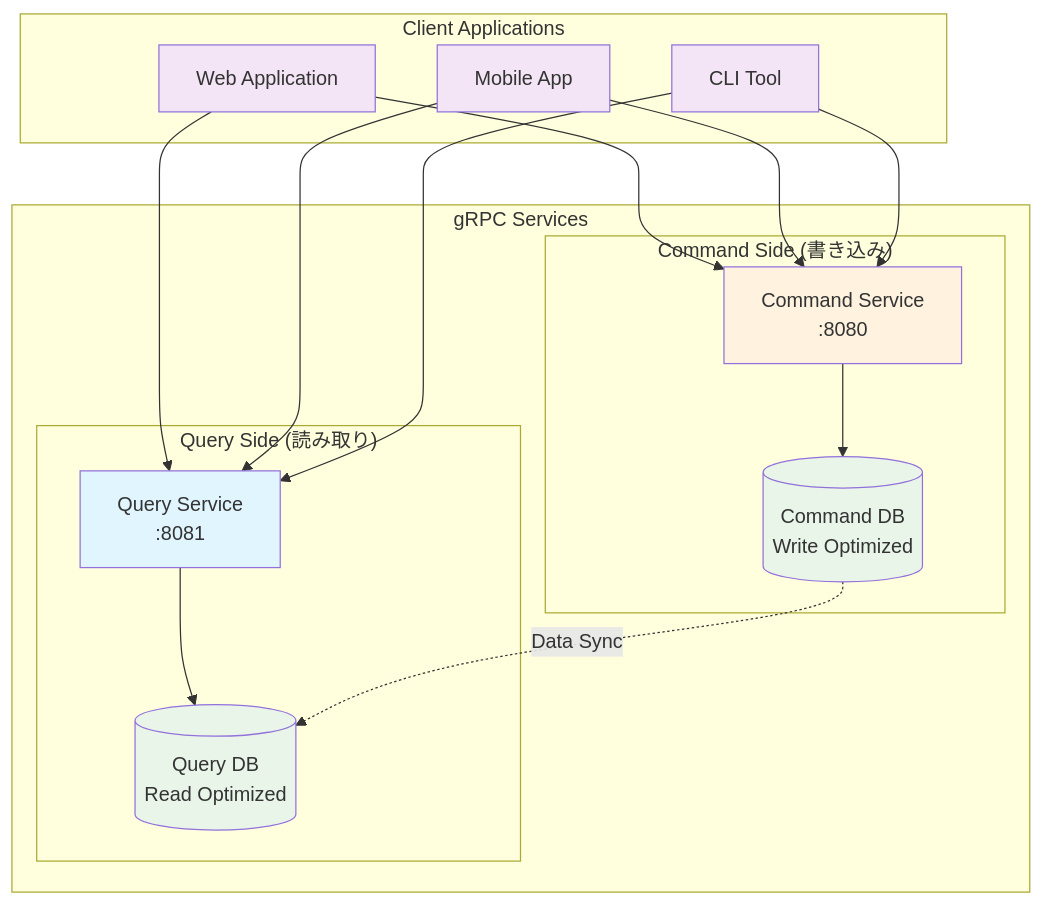
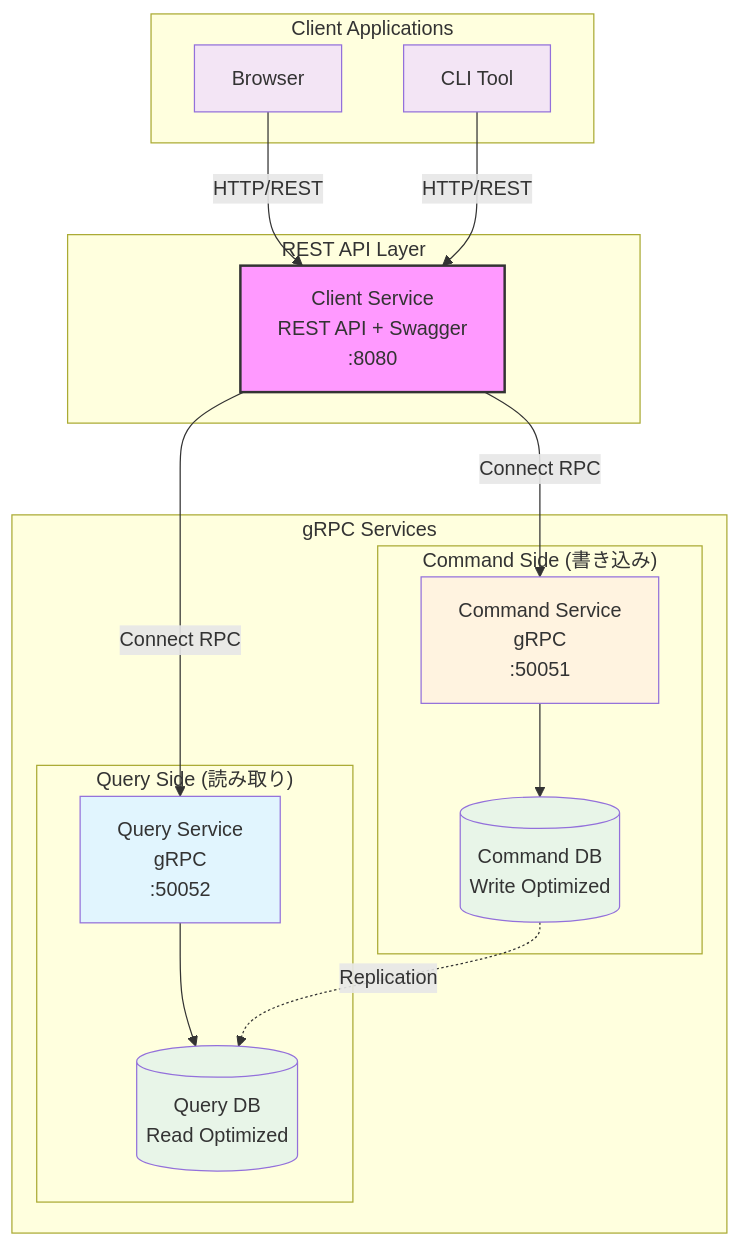
One commit to haru-256/practical-go-grpc-micro-service changed the diagram in workbench/README.md. Above: the diagram before and after it, drawn with Mermaid. The commit also changed other lines of this file and 43 other files, not shown here.

````diff
--- a/workbench/README.md
+++ b/workbench/README.md
@@ -46,41 +47,45 @@
 ```mermaid
 graph TB
     subgraph "Client Applications"
-        Web[Web Application]
-        Mobile[Mobile App]
+        Browser[Browser]
         CLI[CLI Tool]
+    end
+    
+    subgraph "REST API Layer"
+        Client[Client Service<br/>REST API + Swagger<br/>:8080]
     end
     
     subgraph "gRPC Services"
         subgraph "Command Side (書き込み)"
-            CS[Command Service<br/>:8080]
+            CS[Command Service<br/>gRPC<br/>:50051]
             CDB[(Command DB<br/>Write Optimized)]
         end
         
         subgraph "Query Side (読み取り)"
-            QS[Query Service<br/>:8081]
+            QS[Query Service<br/>gRPC<br/>:50052]
             QDB[(Query DB<br/>Read Optimized)]
         end
     end
     
-    Web --> CS
-    Web --> QS
-    Mobile --> CS
-    Mobile --> QS
-    CLI --> CS
-    CLI --> QS
+    Browser -->|HTTP/REST| Client
+    CLI -->|HTTP/REST| Client
+    
+    Client -->|Connect RPC| CS
+    Client -->|Connect RPC| QS
     
     CS --> CDB
     QS --> QDB
-    CDB -.->|Data Sync| QDB
+    CDB -.->|Replication| QDB
     
+    classDef clientService fill:#f9f,stroke:#333,stroke-width:2px
     classDef commandService fill:#fff3e0
     classDef queryService fill:#e1f5fe
     classDef database fill:#e8f5e8
     classDef client fill:#f3e5f5
     
+    class Client clientService
     class CS commandService
     class QS queryService
     class CDB,QDB database
-    class Web,Mobile,CLI client
+    class Browser,CLI client
 ```
````
